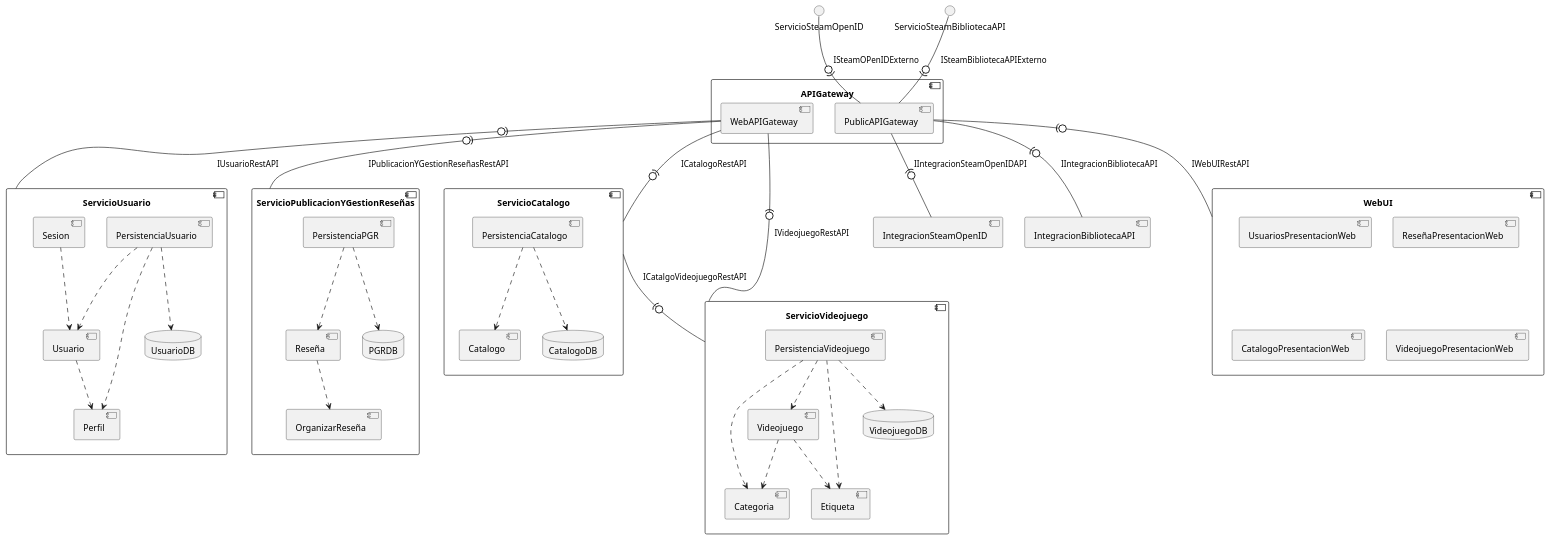
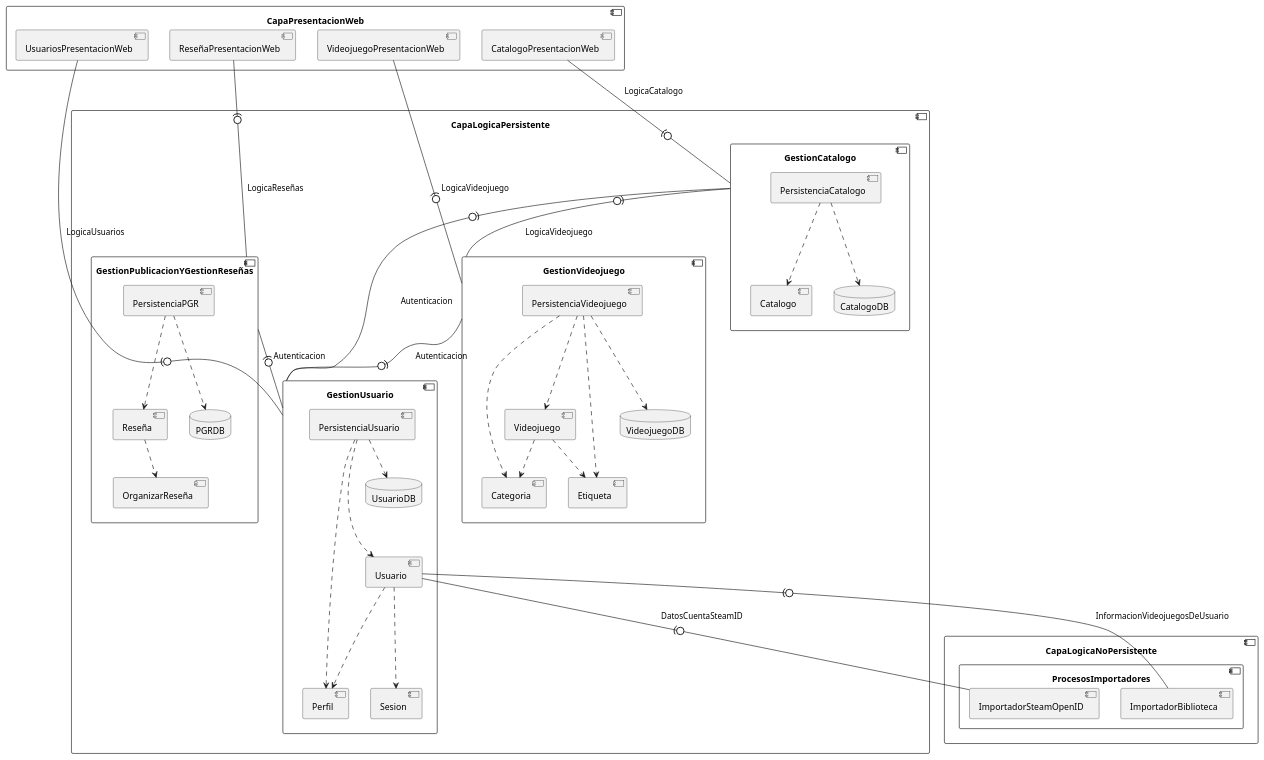
The diagram in Diagramas/DiagramaVistaArquitectonicaDiseñoDetallada.plantuml (ScursatoneGino16/SeminarioIntegrador2026), drawn with PlantUML before and after one commit. The commit also changed 3 other files, not shown here.

First line of the commit message:
DiagramaVistaArquitectonicaDetalladaMonolitica

```diff
--- a/Diagramas/DiagramaVistaArquitectonicaDiseñoDetallada.plantuml
+++ b/Diagramas/DiagramaVistaArquitectonicaDiseñoDetallada.plantuml
@@ -1,73 +1,76 @@
 @startuml DiagramaDeComponentes
-component "ServicioUsuario"{
-    component "Perfil"
-    component "Sesion"
-    component "Usuario"
-    component "PersistenciaUsuario"
-    database "UsuarioDB"
 
-    "Usuario" ..> "Perfil"
-    "Sesion" ..> "Usuario"
-    "PersistenciaUsuario" ..> "UsuarioDB"
-    "PersistenciaUsuario" ..> "Perfil"
-    "PersistenciaUsuario" ..> "Usuario"
-}
-component "ServicioPublicacionYGestionReseñas" {
-    component "OrganizarReseña"
-    component "Reseña"
-    component "PersistenciaPGR"
-    database "PGRDB"
-    "PersistenciaPGR" ..> "Reseña"
-    "PersistenciaPGR" ..> PGRDB
-    "Reseña" ..> "OrganizarReseña"
-}
-component "ServicioCatalogo" {
-    component "Catalogo"
-    component "PersistenciaCatalogo"
-    database "CatalogoDB"
-    "PersistenciaCatalogo" ..> "CatalogoDB"
-    "PersistenciaCatalogo" ..> "Catalogo"
+component "CapaLogicaPersistente" {
+    component "GestionUsuario"{
+        component "Perfil"
+        component "Sesion"
+        component "Usuario"
+        component "PersistenciaUsuario"
+        database "UsuarioDB"
+
+        "Usuario" ..> "Perfil"
+        "Usuario" ..> "Sesion"
+        "PersistenciaUsuario" ..> "UsuarioDB"
+        "PersistenciaUsuario" ..> "Perfil"
+        "PersistenciaUsuario" ...> "Usuario"
+    }
+
+    component "GestionPublicacionYGestionReseñas" {
+        component "OrganizarReseña"
+        component "Reseña"
+        component "PersistenciaPGR"
+        database "PGRDB"
+        "PersistenciaPGR" ..> "Reseña"
+        "PersistenciaPGR" ..> PGRDB
+        "Reseña" ..> "OrganizarReseña"
+    }
+    component "GestionCatalogo" {
+        component "Catalogo"
+        component "PersistenciaCatalogo"
+        database "CatalogoDB"
+        "PersistenciaCatalogo" ..> "CatalogoDB"
+        "PersistenciaCatalogo" ..> "Catalogo"
+    }
+    component "GestionVideojuego" {
+        component "Videojuego"
+        component "Categoria"
+        component "Etiqueta"
+        component "PersistenciaVideojuego"
+        database "VideojuegoDB"
+        "Videojuego" ..> "Categoria"
+        "Videojuego" ..> "Etiqueta"
+        "PersistenciaVideojuego" ..> "Videojuego"
+        "PersistenciaVideojuego" ..> "Categoria"
+        "PersistenciaVideojuego" ..> "Etiqueta"
+        "PersistenciaVideojuego" ..> "VideojuegoDB"
+    }
 }
 
-component "ServicioVideojuego" {
-    component "Videojuego"
-    component "Categoria"
-    component "Etiqueta"
-    component "PersistenciaVideojuego"
-    database "VideojuegoDB"
-    "Videojuego" ..> "Categoria"
-    "Videojuego" ..> "Etiqueta"
-    "PersistenciaVideojuego" ..> "Videojuego"
-    "PersistenciaVideojuego" ..> "Categoria"
-    "PersistenciaVideojuego" ..> "Etiqueta"
-    "PersistenciaVideojuego" ..> "VideojuegoDB"
-}
-component "APIGateway"{
-    component "WebAPIGateway"
-    component "PublicAPIGateway"
-}
-component "WebUI" {
+component "CapaPresentacionWeb" {
     component "UsuariosPresentacionWeb"
     component "ReseñaPresentacionWeb"
     component "CatalogoPresentacionWeb"
     component "VideojuegoPresentacionWeb"
 }
-component "IntegracionSteamOpenID"
-component "IntegracionBibliotecaAPI"
 
+component "CapaLogicaNoPersistente" {
+    component "ProcesosImportadores"{
+        component "ImportadorBiblioteca"
+        component "ImportadorSteamOpenID"
+    }
+}
 
-"WebAPIGateway" -(0- "ServicioCatalogo" : ICatalogoRestAPI
-"WebAPIGateway" -(0- "ServicioUsuario" : IUsuarioRestAPI
-"WebAPIGateway" -(0- "ServicioPublicacionYGestionReseñas" : IPublicacionYGestionReseñasRestAPI
-"WebAPIGateway" -(0- "ServicioVideojuego" : IVideojuegoRestAPI
+"UsuariosPresentacionWeb" -(0- "GestionUsuario" : LogicaUsuarios
+"ReseñaPresentacionWeb" -(0- "GestionPublicacionYGestionReseñas" : LogicaReseñas
+"CatalogoPresentacionWeb" -(0- "GestionCatalogo" : LogicaCatalogo
+"VideojuegoPresentacionWeb" -(0- "GestionVideojuego" : LogicaVideojuego
 
-"PublicAPIGateway" -(0- "IntegracionBibliotecaAPI" : IIntegracionBibliotecaAPI
-"PublicAPIGateway" -(0- "IntegracionSteamOpenID" : IIntegracionSteamOpenIDAPI
+"GestionPublicacionYGestionReseñas" -(0- "GestionUsuario" : Autenticacion
+"GestionCatalogo" -(0- "GestionUsuario" : Autenticacion
+"GestionVideojuego" -(0- "GestionUsuario" : Autenticacion
 
-"PublicAPIGateway" -(0- "WebUI" : IWebUIRestAPI
-"ServicioSteamOpenID" -0)- "PublicAPIGateway" : ISteamOPenIDExterno
-"ServicioSteamBibliotecaAPI" -0)- "PublicAPIGateway" : ISteamBibliotecaAPIExterno
-
-"ServicioCatalogo" -(0- "ServicioVideojuego" : ICatalgoVideojuegoRestAPI
+"GestionCatalogo" -(0- "GestionVideojuego" : LogicaVideojuego
+"Usuario" -(0- "ImportadorBiblioteca" : InformacionVideojuegosDeUsuario
+"Usuario" -(0- "ImportadorSteamOpenID" : DatosCuentaSteamID
 
 @enduml
```
